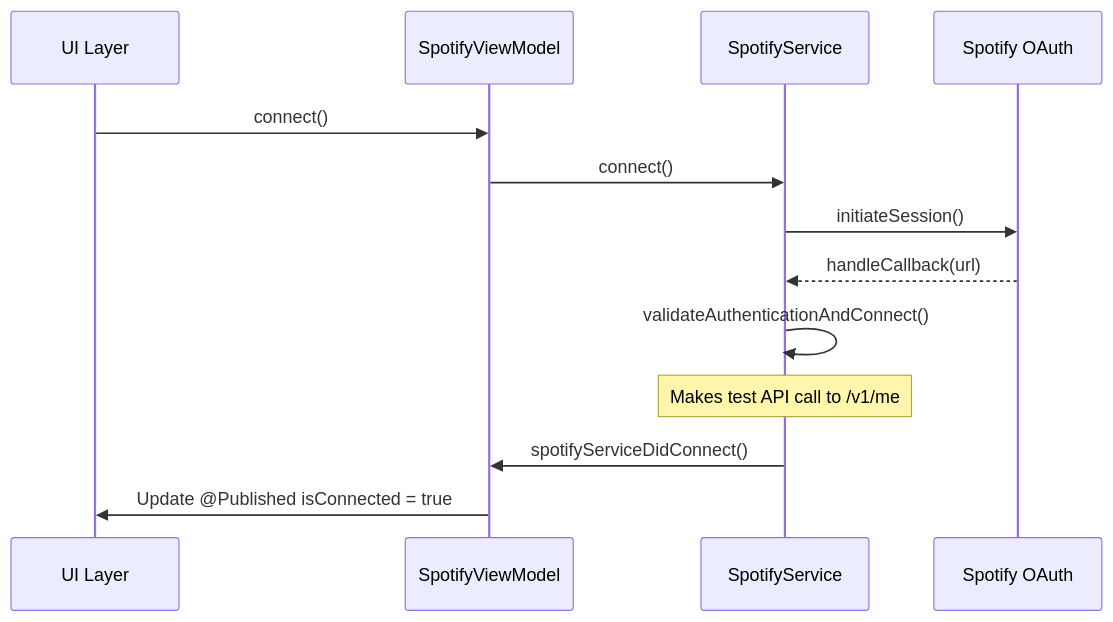
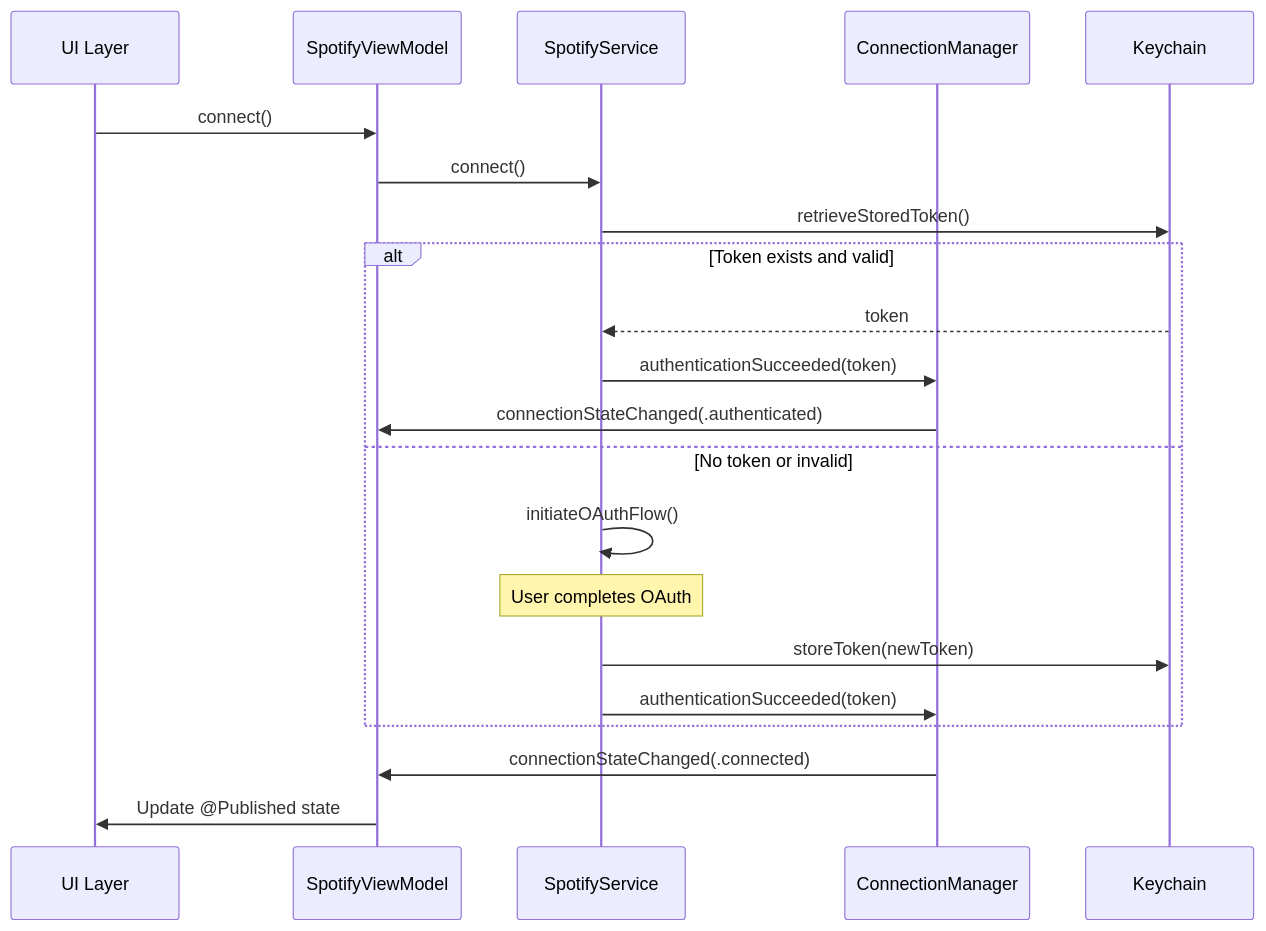
Before and after one commit to mark-shore/RunBeat: the first of 2 diagrams in SPOTIFY_ARCHITECTURE_ANALYSIS.md, drawn with Mermaid. The commit also changed other lines of this file and 11 other files, not shown here.

````diff
--- a/SPOTIFY_ARCHITECTURE_ANALYSIS.md
+++ b/SPOTIFY_ARCHITECTURE_ANALYSIS.md
@@ -82,16 +93,24 @@
 ```mermaid
 sequenceDiagram
     participant UI as UI Layer
     participant VM as SpotifyViewModel
     participant SVC as SpotifyService
-    participant SPOT as Spotify OAuth
+    participant CM as ConnectionManager
+    participant KC as Keychain
 
     UI->>VM: connect()
     VM->>SVC: connect()
-    SVC->>SPOT: initiateSession()
-    SPOT-->>SVC: handleCallback(url)
-    SVC->>SVC: validateAuthenticationAndConnect()
-    Note over SVC: Makes test API call to /v1/me
-    SVC->>VM: spotifyServiceDidConnect()
-    VM->>UI: Update @Published isConnected = true
+    SVC->>KC: retrieveStoredToken()
+    alt Token exists and valid
+        KC-->>SVC: token
+        SVC->>CM: authenticationSucceeded(token)
+        CM->>VM: connectionStateChanged(.authenticated)
+    else No token or invalid
+        SVC->>SVC: initiateOAuthFlow()
+        Note over SVC: User completes OAuth
+        SVC->>KC: storeToken(newToken)
+        SVC->>CM: authenticationSucceeded(token)
+    end
+    CM->>VM: connectionStateChanged(.connected)
+    VM->>UI: Update @Published state
 ```
````
